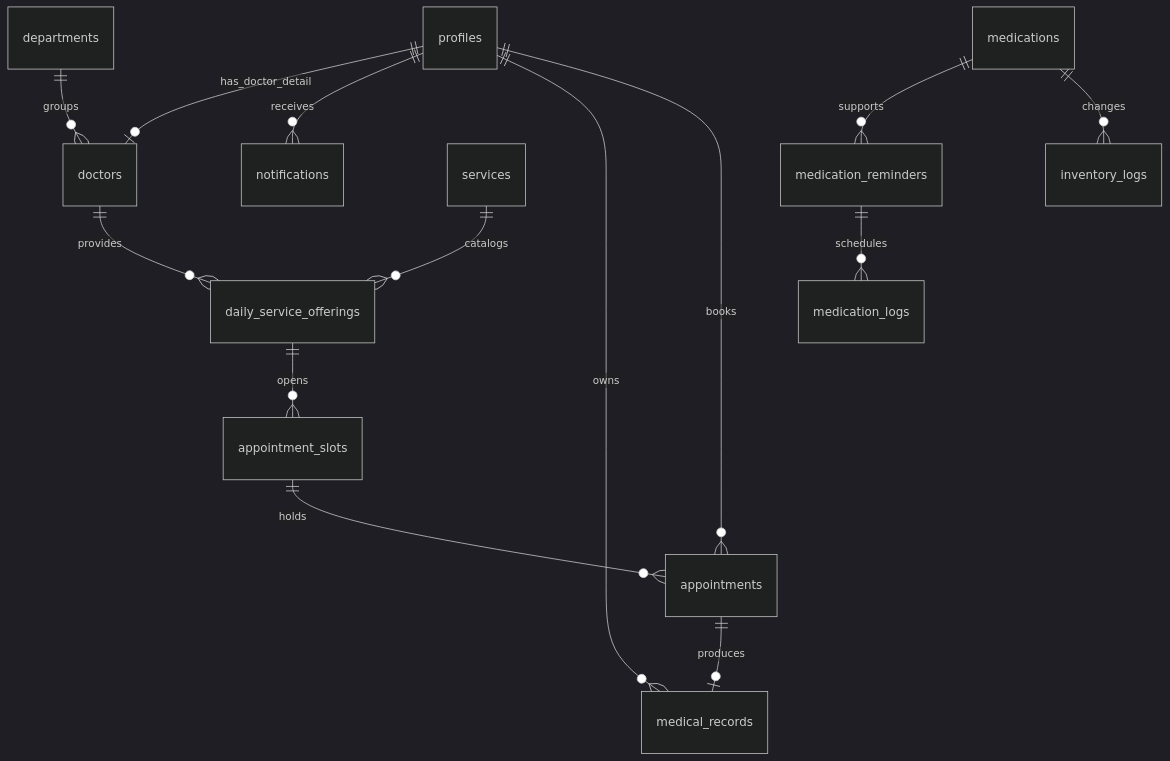
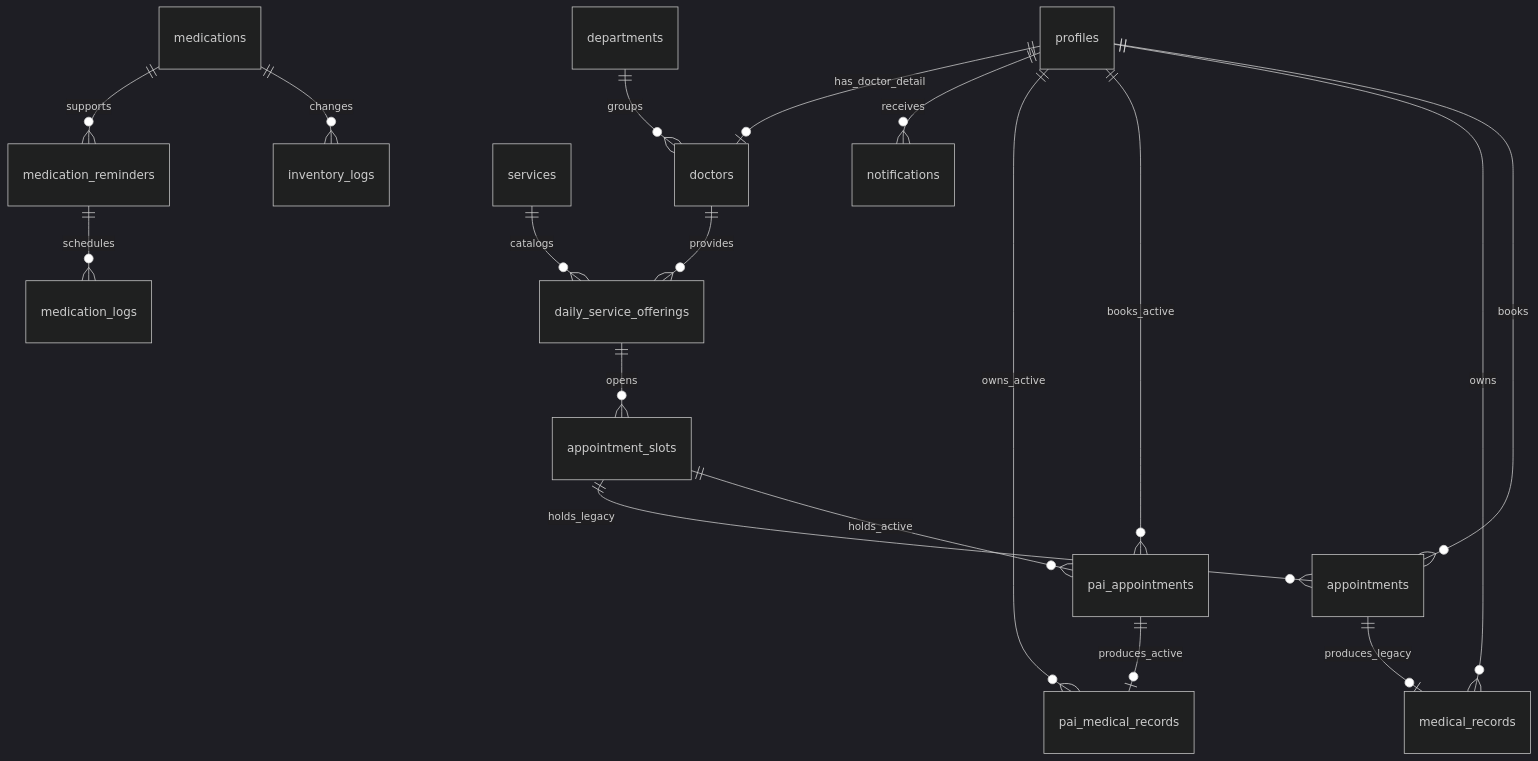
Before and after one commit to Supot77/Mini-Project-University-Health-Clinic-Appointment-and-Medication-Reminder-System: the diagram in docs/03_database_design_and_er.md, drawn with Mermaid (dark theme). The commit also changed other lines of this file and 8 other files, not shown here.

Commit message:
docs: อัปเดตเอกสารระบบ แบบข้อมูล ER diagram และ use case ตามสถานะ as-built

````diff
--- a/docs/03_database_design_and_er.md
+++ b/docs/03_database_design_and_er.md
@@ -63,16 +80,20 @@
 ```mermaid
 erDiagram
     profiles ||--o{ appointments : books
     profiles ||--o{ medical_records : owns
+    profiles ||--o{ pai_appointments : books_active
+    profiles ||--o{ pai_medical_records : owns_active
     profiles ||--o{ notifications : receives
     profiles ||--o| doctors : has_doctor_detail
     departments ||--o{ doctors : groups
     services ||--o{ daily_service_offerings : catalogs
     doctors ||--o{ daily_service_offerings : provides
     daily_service_offerings ||--o{ appointment_slots : opens
-    appointment_slots ||--o{ appointments : holds
-    appointments ||--o| medical_records : produces
+    appointment_slots ||--o{ pai_appointments : holds_active
+    pai_appointments ||--o| pai_medical_records : produces_active
+    appointment_slots ||--o{ appointments : holds_legacy
+    appointments ||--o| medical_records : produces_legacy
     medications ||--o{ inventory_logs : changes
     medications ||--o{ medication_reminders : supports
     medication_reminders ||--o{ medication_logs : schedules
 ```
````
